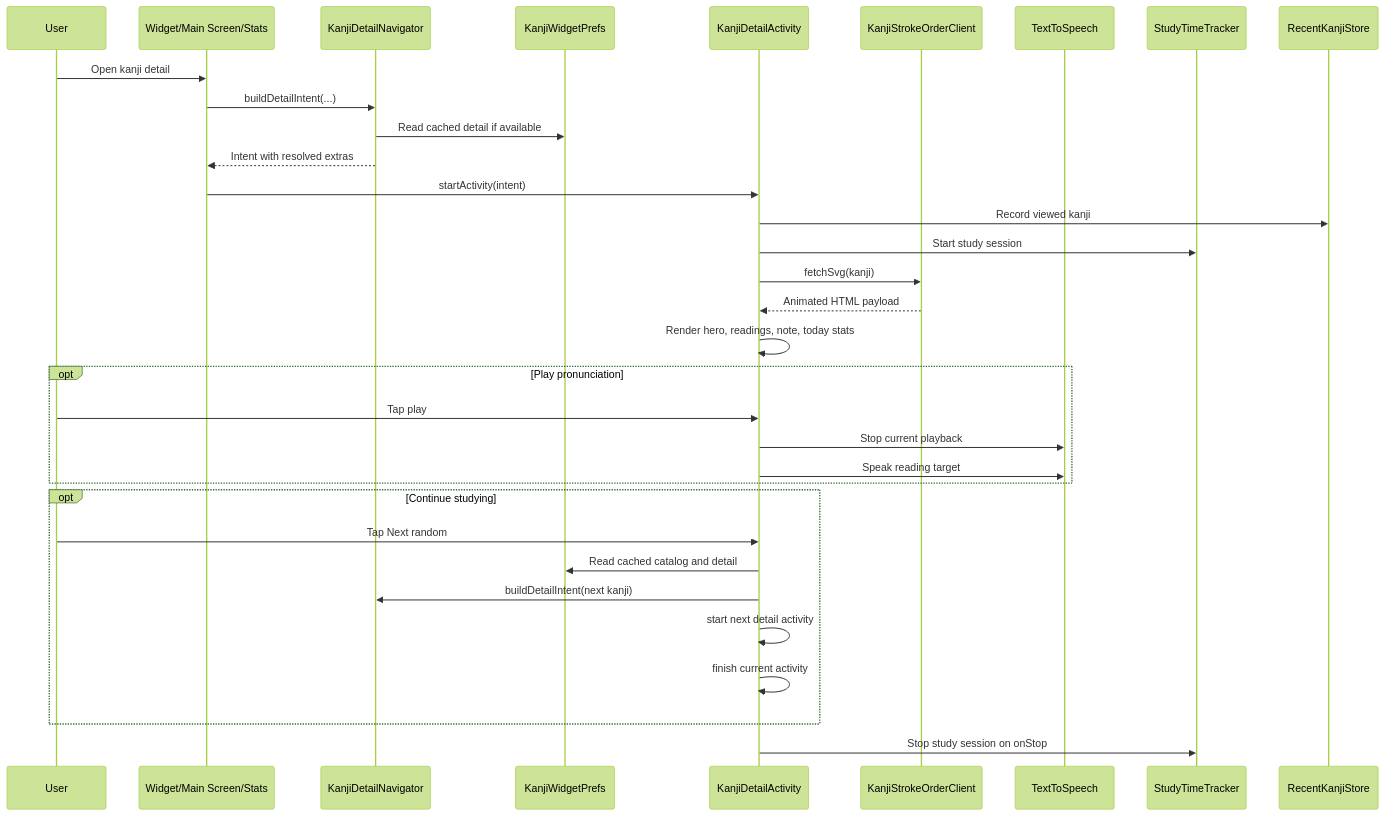
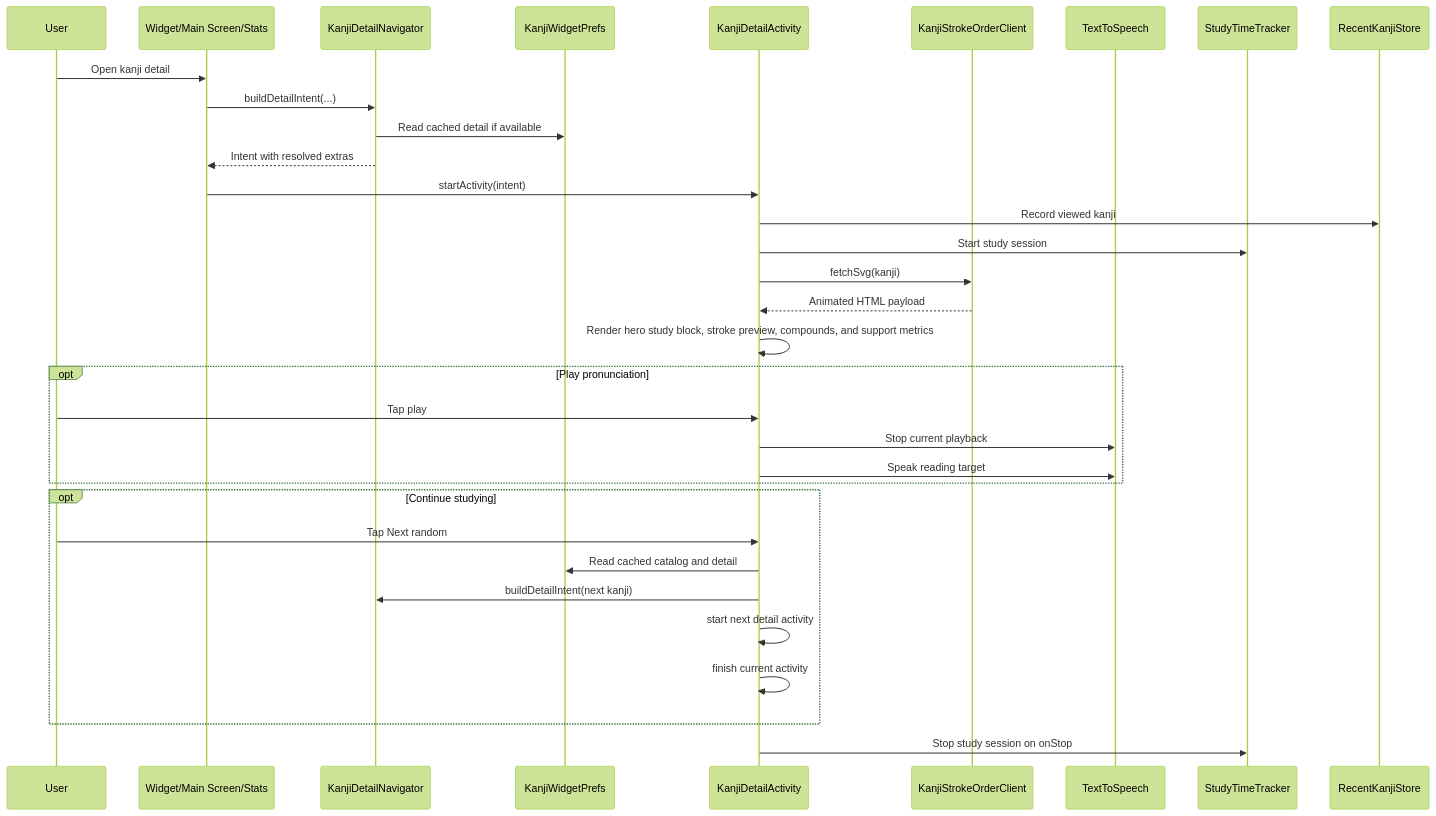
The diagram in docs/detail-design/kanji-detail.md (2zcory/kanji-widget), drawn with Mermaid (forest theme) before and after one commit. The commit also changed other lines of this file and 93 other files, not shown here.

````diff
--- a/docs/detail-design/kanji-detail.md
+++ b/docs/detail-design/kanji-detail.md
@@ -263,39 +259,39 @@
 ```mermaid
 sequenceDiagram
     participant User
     participant Entry as Widget/Main Screen/Stats
     participant Navigator as KanjiDetailNavigator
     participant Prefs as KanjiWidgetPrefs
     participant Detail as KanjiDetailActivity
     participant Stroke as KanjiStrokeOrderClient
     participant Audio as TextToSpeech
     participant Stats as StudyTimeTracker
     participant Recent as RecentKanjiStore
 
     User->>Entry: Open kanji detail
     Entry->>Navigator: buildDetailIntent(...)
     Navigator->>Prefs: Read cached detail if available
     Navigator-->>Entry: Intent with resolved extras
     Entry->>Detail: startActivity(intent)
     Detail->>Recent: Record viewed kanji
     Detail->>Stats: Start study session
     Detail->>Stroke: fetchSvg(kanji)
     Stroke-->>Detail: Animated HTML payload
-    Detail->>Detail: Render hero, readings, note, today stats
+    Detail->>Detail: Render hero study block, stroke preview, compounds, and support metrics
 
     opt Play pronunciation
         User->>Detail: Tap play
         Detail->>Audio: Stop current playback
         Detail->>Audio: Speak reading target
     end
 
     opt Continue studying
         User->>Detail: Tap Next random
         Detail->>Prefs: Read cached catalog and detail
         Detail->>Navigator: buildDetailIntent(next kanji)
         Detail->>Detail: start next detail activity
         Detail->>Detail: finish current activity
     end
 
     Detail->>Stats: Stop study session on onStop
 ```
````
